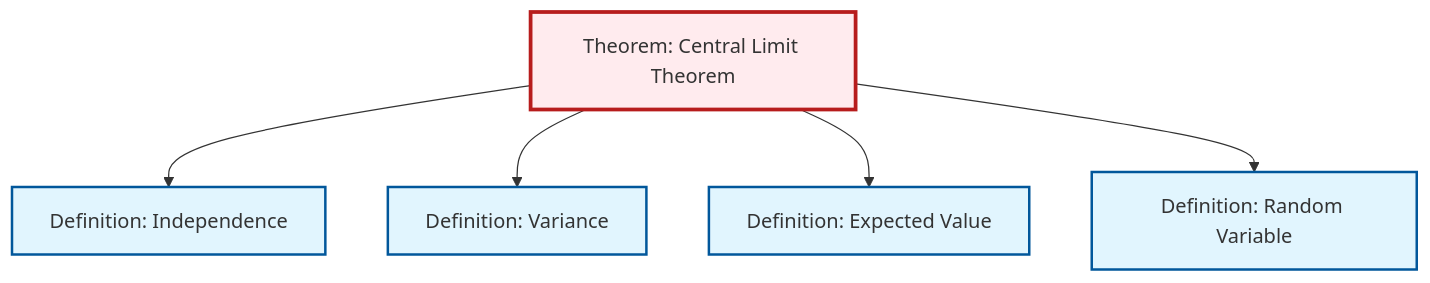
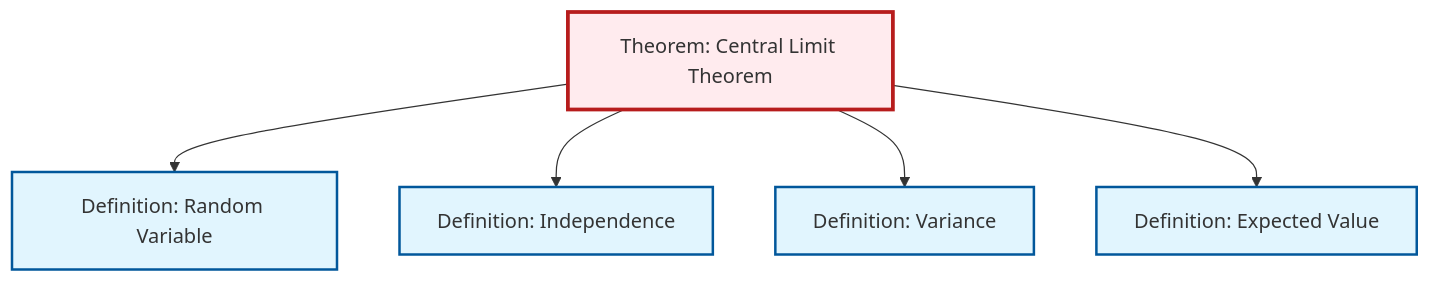
Before and after one commit to RK0429/ModernMath: the second of 2 diagrams in content/en/probability-statistics/thm-central-limit.qmd, drawn with Mermaid. The commit also changed other lines of this file and 581 other files, not shown here.

````diff
--- a/content/en/probability-statistics/thm-central-limit.qmd
+++ b/content/en/probability-statistics/thm-central-limit.qmd
@@ -109,23 +109,23 @@
 ```{mermaid}
 %%| fig-cap: "Local dependency graph"
 graph TD
     classDef definition fill:#e1f5fe,stroke:#01579b,stroke-width:2px
     classDef theorem fill:#f3e5f5,stroke:#4a148c,stroke-width:2px
     classDef axiom fill:#fff3e0,stroke:#e65100,stroke-width:2px
     classDef example fill:#e8f5e9,stroke:#1b5e20,stroke-width:2px
     classDef current fill:#ffebee,stroke:#b71c1c,stroke-width:3px
+    def-independence["Definition: Independence"]:::definition
+    thm-central-limit["Theorem: Central Limit Theorem"]:::theorem
     def-variance["Definition: Variance"]:::definition
+    def-expectation["Definition: Expected Value"]:::definition
     def-random-variable["Definition: Random Variable"]:::definition
-    thm-central-limit["Theorem: Central Limit Theorem"]:::theorem
-    def-independence["Definition: Independence"]:::definition
-    def-expectation["Definition: Expected Value"]:::definition
+    thm-central-limit --> def-random-variable
     thm-central-limit --> def-independence
     thm-central-limit --> def-variance
     thm-central-limit --> def-expectation
-    thm-central-limit --> def-random-variable
     class thm-central-limit current
+    click def-independence "def-independence.html" "Go to Independence definition"
     click def-variance "def-variance.html" "Go to Variance definition"
+    click def-expectation "def-expectation.html" "Go to Expected Value definition"
     click def-random-variable "def-random-variable.html" "Go to Random Variable definition"
-    click def-independence "def-independence.html" "Go to Independence definition"
-    click def-expectation "def-expectation.html" "Go to Expected Value definition"
 ```
````
